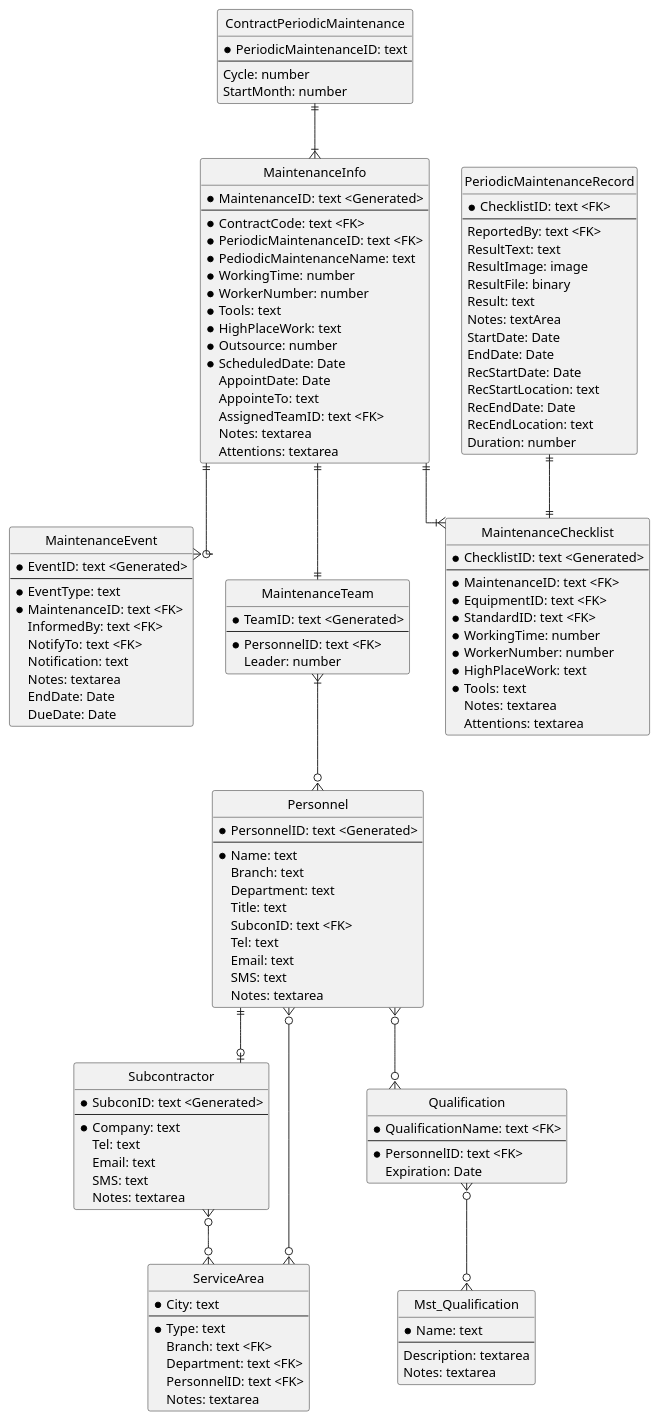
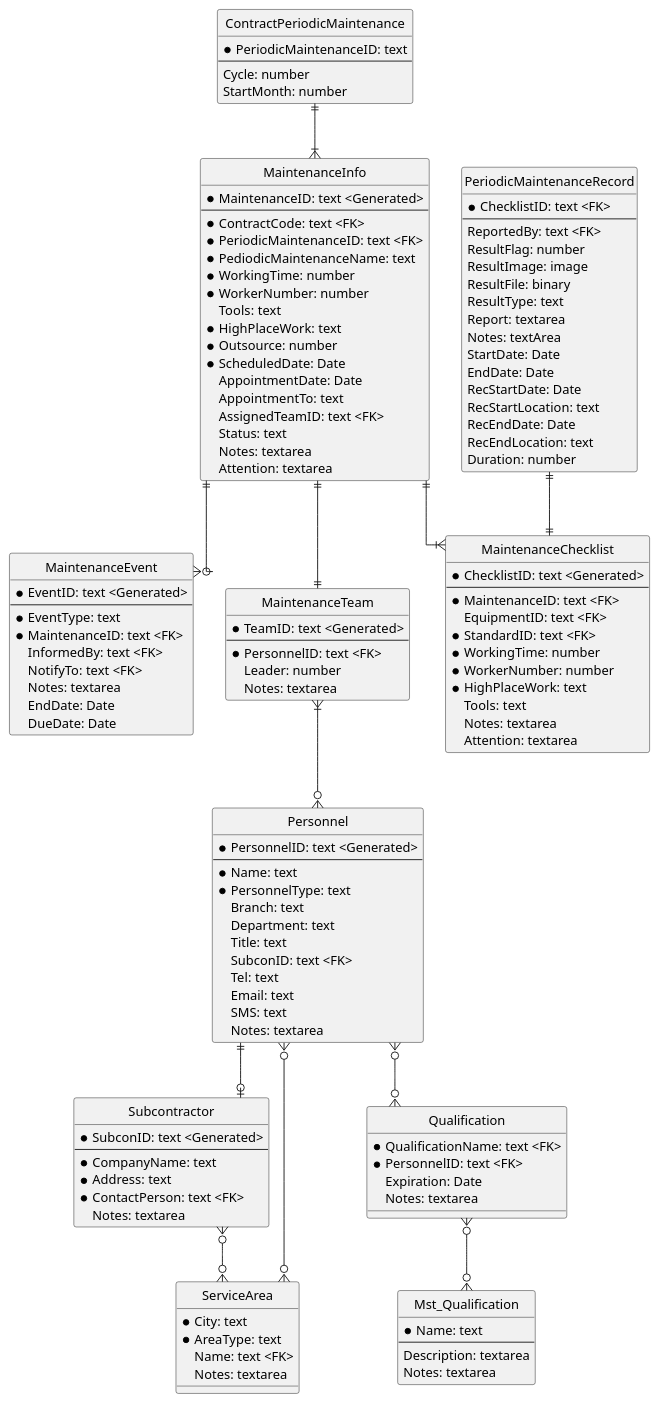
One commit to himiz6912/mms changed the diagram in er_operation.pu. Above: the diagram before and after it, drawn with PlantUML. The commit also changed 2 other files, not shown here.

```diff
--- a/er_operation.pu
+++ b/er_operation.pu
@@ -1,136 +1,137 @@
 @startuml
 hide circle
 skinparam linetype ortho
 
 entity ContractPeriodicMaintenance {
     * PeriodicMaintenanceID: text
     --
     Cycle: number
     StartMonth: number
 }
 entity MaintenanceInfo {
     * MaintenanceID: text <Generated>
     --
     * ContractCode: text <FK>
     * PeriodicMaintenanceID: text <FK>
     * PediodicMaintenanceName: text
     * WorkingTime: number
     * WorkerNumber: number
-    * Tools: text
+    Tools: text
     * HighPlaceWork: text
     * Outsource: number
     * ScheduledDate: Date
-    AppointDate: Date
-    AppointeTo: text
+    AppointmentDate: Date
+    AppointmentTo: text
     AssignedTeamID: text <FK>
+    Status: text
     Notes: textarea
-    Attentions: textarea
+    Attention: textarea
 }
 ' Status: Appointment/ assignment/ ScheduleFixed/ Pending/ Complete/ RemainingWork
 entity MaintenanceEvent {
     * EventID: text <Generated>
     --
     * EventType: text
     * MaintenanceID: text <FK>
     InformedBy: text <FK>
     NotifyTo: text <FK>
-    Notification: text
     Notes: textarea
     EndDate: Date
     DueDate: Date
 }
 ' EventType: Generated/ Appoint/ Assign/ FixSchedule/ StartPM/ SubmitQtn
 entity MaintenanceChecklist {
     * ChecklistID: text <Generated>
     --
     * MaintenanceID: text <FK> 
-    * EquipmentID: text <FK>
+    EquipmentID: text <FK>
     * StandardID: text <FK>
     * WorkingTime: number
     * WorkerNumber: number
     * HighPlaceWork: text
-    * Tools: text
+    Tools: text
     Notes: textarea
-    Attentions: textarea
+    Attention: textarea
 }
 entity PeriodicMaintenanceRecord {
     * ChecklistID: text <FK>
     --
     ReportedBy: text <FK>
-    ResultText: text
+    ResultFlag: number
     ResultImage: image
     ResultFile: binary
-    Result: text
+    ResultType: text
+    Report: textarea
     Notes: textArea
     StartDate: Date
     EndDate: Date
     RecStartDate: Date
     RecStartLocation: text
     RecEndDate: Date
     RecEndLocation: text
     Duration: number
 }
+' ResultType: Completed/ Pending/ RemainingWork
 entity MaintenanceTeam {
     * TeamID: text <Generated>
     --
     * PersonnelID: text <FK>
     Leader: number
+    Notes: textarea
 }
 entity Personnel {
     * PersonnelID: text <Generated>
     --
     * Name: text
+    * PersonnelType: text
     Branch: text
     Department: text
     Title: text
     SubconID: text <FK>
     Tel: text
     Email: text
     SMS: text
     Notes: textarea
 }
+' PersonnelType: Employee/ Subcon/ Vender/ Maker
 entity Subcontractor {
     * SubconID: text <Generated>
     --
-    * Company: text
-    Tel: text
-    Email: text
-    SMS: text
+    * CompanyName: text
+    * Address: text
+    * ContactPerson: text <FK>
     Notes: textarea
 }
 entity Qualification {
     * QualificationName: text <FK>
-    --
     * PersonnelID: text <FK>
     Expiration: Date
+    Notes: textarea
 }
 
 entity Mst_Qualification {
     * Name: text
     --
     Description: textarea
     Notes: textarea
 }
 entity ServiceArea {
     * City: text
-    --
-    * Type: text
-    Branch: text <FK>
-    Department: text <FK>
-    PersonnelID: text <FK>
+    * AreaType: text
+    Name: text <FK>
     Notes: textarea
 }
-' Type: Branch/ Department/ Company/ PersonnelID
+' AreaType: Branch/ Department/ Company/ PersonnelID
 
 ContractPeriodicMaintenance ||--|{ MaintenanceInfo
 MaintenanceInfo ||--|{ MaintenanceChecklist
 PeriodicMaintenanceRecord ||--|| MaintenanceChecklist
 MaintenanceInfo ||--o{ MaintenanceEvent
 MaintenanceInfo ||--|| MaintenanceTeam
 MaintenanceTeam }|--o{ Personnel
 Personnel ||--o| Subcontractor
 Personnel }o--o{ Qualification
 Qualification }o--o{ Mst_Qualification
 Personnel }o--o{ ServiceArea
 Subcontractor }o--o{ ServiceArea
 @enduml
```
